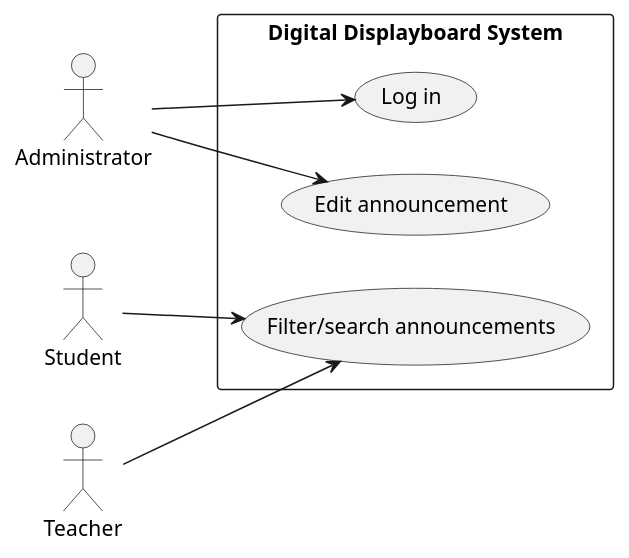
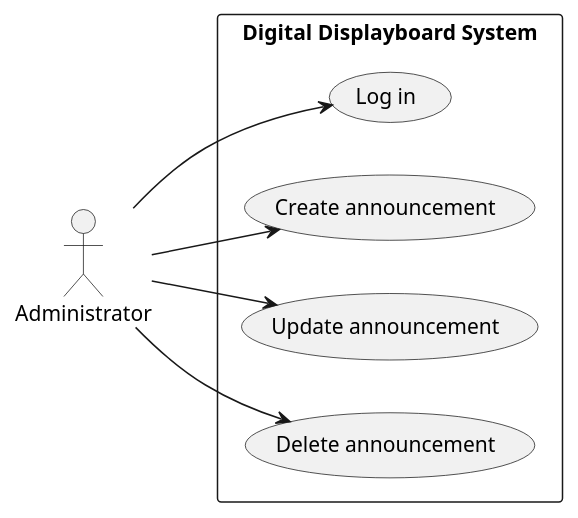
Before and after one commit to AbderrafieElmrabet/red-thread-project: the diagram in planning/use case diagram/use-case-diagram-sprint2.puml, drawn with PlantUML. The commit also changed 6 other files, not shown here.

Commit message:
diagrams

```diff
--- a/planning/use case diagram/use-case-diagram-sprint2.puml
+++ b/planning/use case diagram/use-case-diagram-sprint2.puml
@@ -2,16 +2,12 @@
 @startuml
 left to right direction
 
 actor Administrator
-actor Student
-actor Teacher
 
 rectangle "Digital Displayboard System" {
     Administrator --> (Log in)
-    Administrator --> (Edit announcement)
-
-    Student --> (Filter/search announcements)
-
-    Teacher --> (Filter/search announcements)
+    Administrator --> (Create announcement)
+    Administrator --> (Update announcement)
+    Administrator --> (Delete announcement)
 }
 @enduml
```
